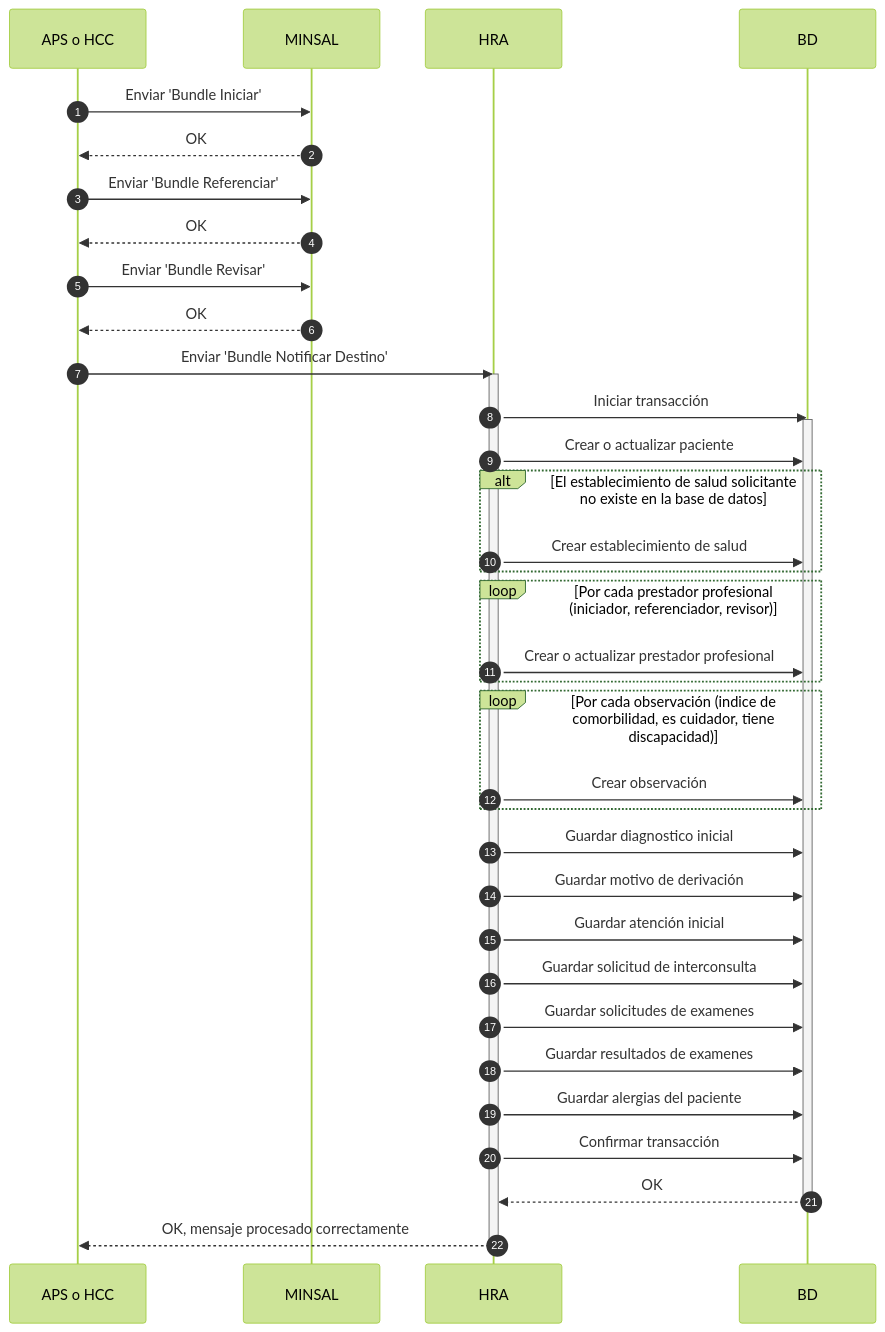
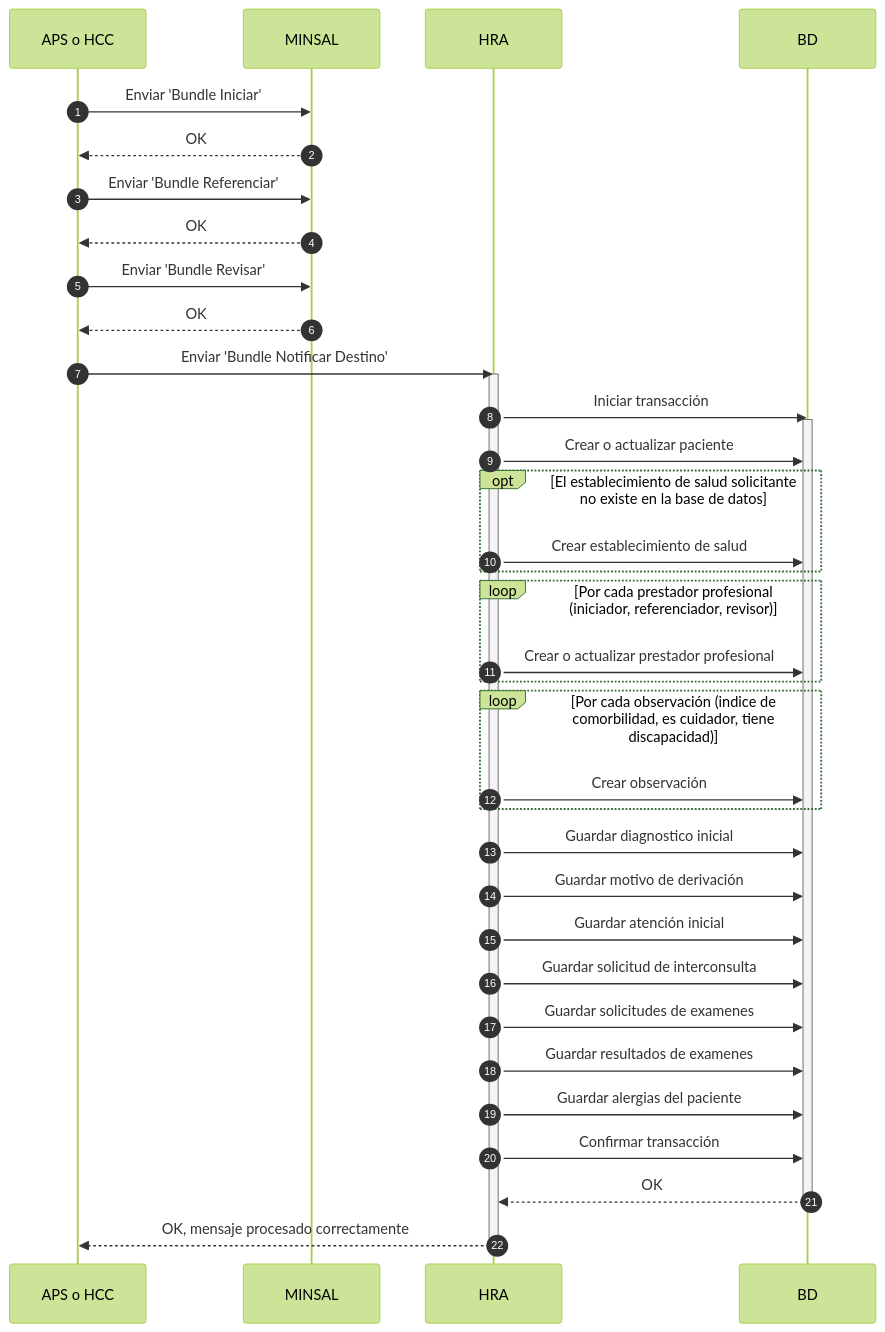
One commit to chris-f23/diagramas-fhir-tei changed the diagram in docs/workflows/recibir-sic-desde-aps-o-hcc.mmd. Above: the diagram before and after it, drawn with Mermaid. The commit also changed 2 other files, not shown here.

```diff
--- a/docs/workflows/recibir-sic-desde-aps-o-hcc.mmd
+++ b/docs/workflows/recibir-sic-desde-aps-o-hcc.mmd
@@ -1,63 +1,63 @@
 ---
 config:
   theme: forest
 ---
 
 sequenceDiagram
 
 autonumber
 
 participant A as APS o HCC
 participant M as MINSAL
 participant H as HRA
 participant BD as BD
 
 A ->> M: Enviar 'Bundle Iniciar'
 M -->> A: OK
 
 A ->> M: Enviar 'Bundle Referenciar'
 M -->> A: OK
 
 A ->> M: Enviar 'Bundle Revisar'
 M -->> A: OK
 
 A ->> H: Enviar 'Bundle Notificar Destino'
 activate H
 %% H -->>A: OK, mensaje recibido y procesando en segundo plano
 
 H ->> BD: Iniciar transacción
 activate BD
 H ->> BD: Crear o actualizar paciente
 
-alt El establecimiento de salud solicitante no existe en la base de datos
+opt El establecimiento de salud solicitante no existe en la base de datos
   H ->> BD: Crear establecimiento de salud
 end
 
 loop Por cada prestador profesional (iniciador, referenciador, revisor)
   H ->> BD: Crear o actualizar prestador profesional
 end
 
 loop Por cada observación (indice de comorbilidad, es cuidador, tiene discapacidad)
   H ->> BD: Crear observación
 end
 
 H ->> BD: Guardar diagnostico inicial
 
 H ->> BD: Guardar motivo de derivación
 
 H ->> BD: Guardar atención inicial
 
 H ->> BD: Guardar solicitud de interconsulta
 
 H ->> BD: Guardar solicitudes de examenes
 
 H ->> BD: Guardar resultados de examenes
 
 H ->> BD: Guardar alergias del paciente
 H ->> BD: Confirmar transacción
 
 BD -->> H: OK
 deactivate BD
 
 H -->> A: OK, mensaje procesado correctamente
 deactivate H
```
